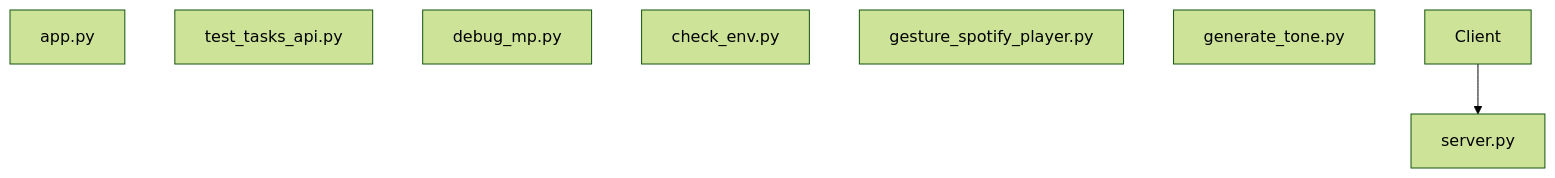
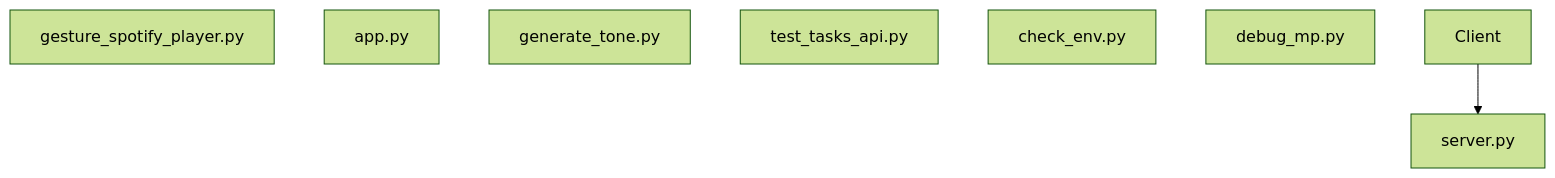
The diagram in diagrams/architecture.mermaid (NITISH-R-G/PalmPlay), drawn with Mermaid (forest theme) before and after one commit. The commit also changed other lines of this file and 3 other files, not shown here.

Commit message:
docs(auto): Update repository architecture and README [skip ci]

```diff
--- a/diagrams/architecture.mermaid
+++ b/diagrams/architecture.mermaid
@@ -1,9 +1,9 @@
 graph TD;
+    gesture_spotify_player["gesture_spotify_player.py"];
     app["app.py"];
+    generate_tone["generate_tone.py"];
     test_tasks_api["test_tasks_api.py"];
+    check_env["check_env.py"];
+    debug_mp["debug_mp.py"];
     server["server.py"];
-    debug_mp["debug_mp.py"];
-    check_env["check_env.py"];
-    gesture_spotify_player["gesture_spotify_player.py"];
-    generate_tone["generate_tone.py"];
     Client --> server;
```
